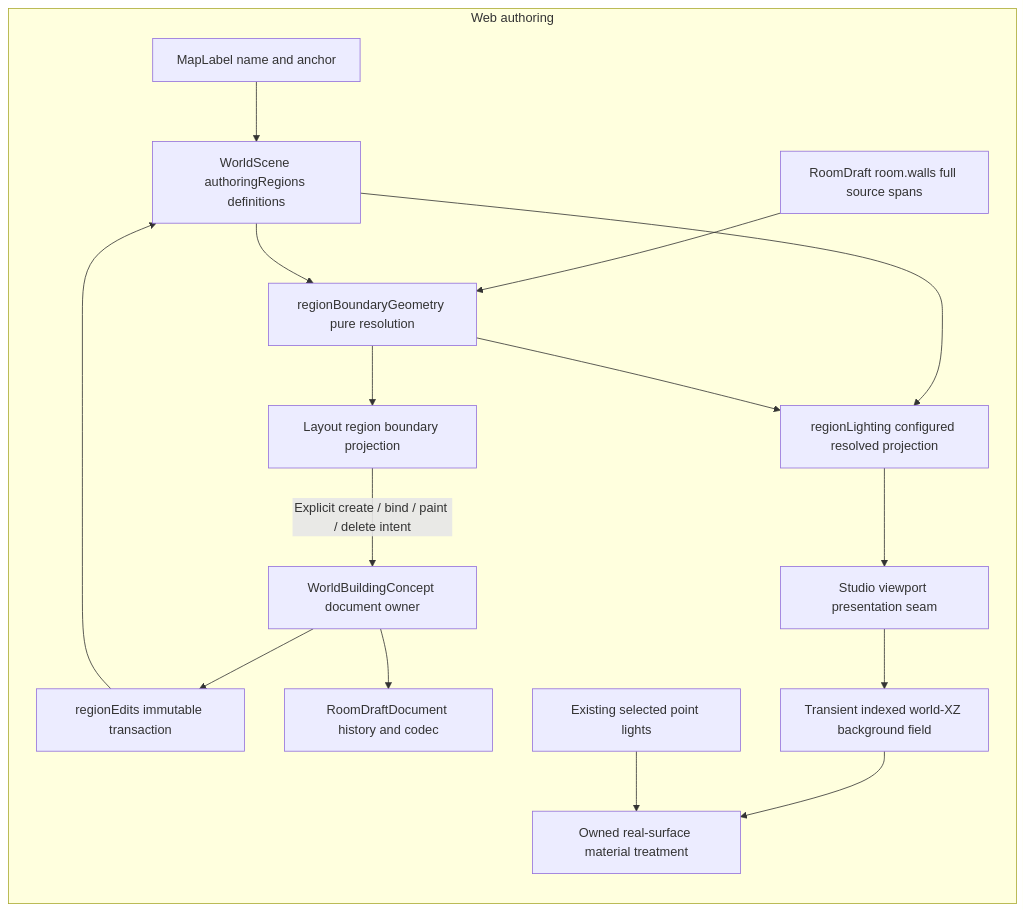
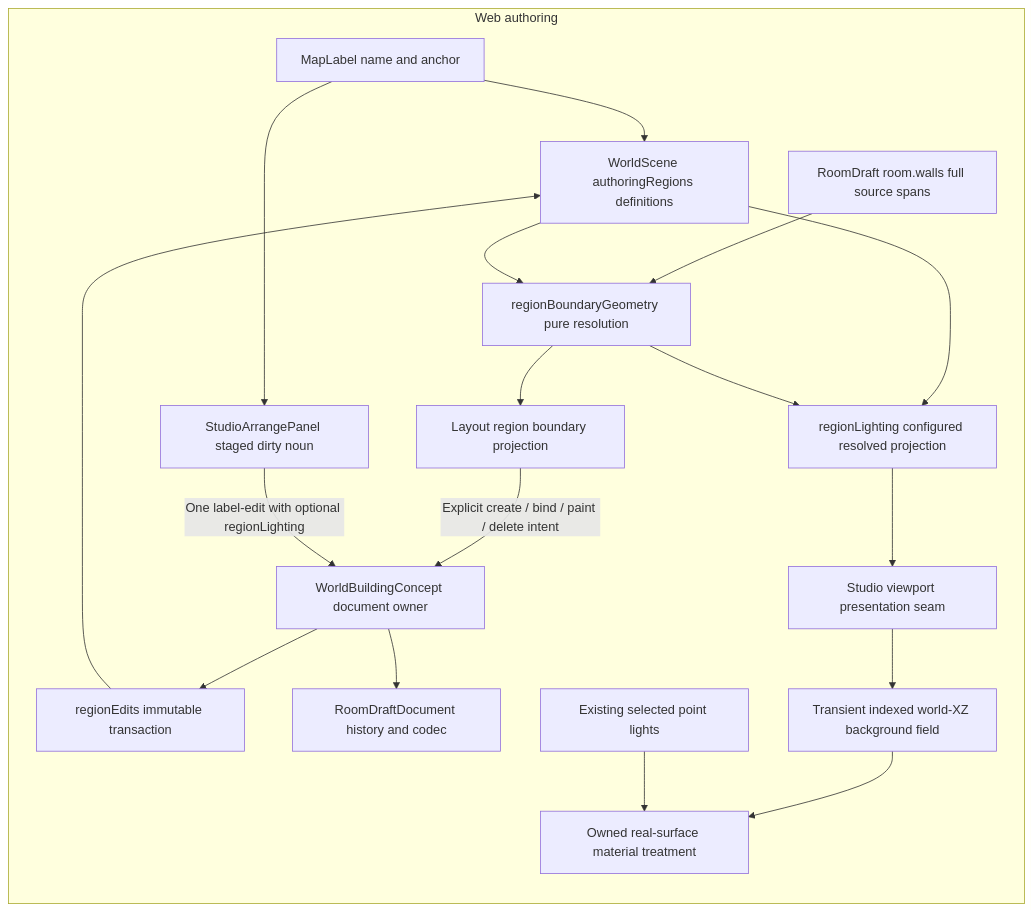
One commit to KirkDiggler/rpg-dnd5e-web changed the diagram in docs/architecture/components/encounter-studio-regions/design.md. Above: the diagram before and after it, drawn with Mermaid. The commit also changed other lines of this file and 9 other files, not shown here.

First line of the commit message:
feat(studio): stage linked-label region background lighting

````diff
--- a/docs/architecture/components/encounter-studio-regions/design.md
+++ b/docs/architecture/components/encounter-studio-regions/design.md
@@ -3,19 +3,21 @@
 ```mermaid
 flowchart LR
   subgraph Web[Web authoring]
     L[MapLabel name and anchor] --> D[WorldScene authoringRegions definitions]
     W[RoomDraft room.walls full source spans] --> G[regionBoundaryGeometry pure resolution]
     D --> G
     G --> P[Layout region boundary projection]
     P -->|Explicit create / bind / paint / delete intent| O[WorldBuildingConcept document owner]
     O --> E[regionEdits immutable transaction]
     E --> D
     O --> H[RoomDraftDocument history and codec]
     D --> F[regionLighting configured resolved projection]
     G --> F
     F --> V[Studio viewport presentation seam]
     V --> I[Transient indexed world-XZ background field]
     I --> M[Owned real-surface material treatment]
     PTS[Existing selected point lights] --> M
+    L --> A[StudioArrangePanel staged dirty noun]
+    A -->|One label-edit with optional regionLighting| O
   end
 ```
````
